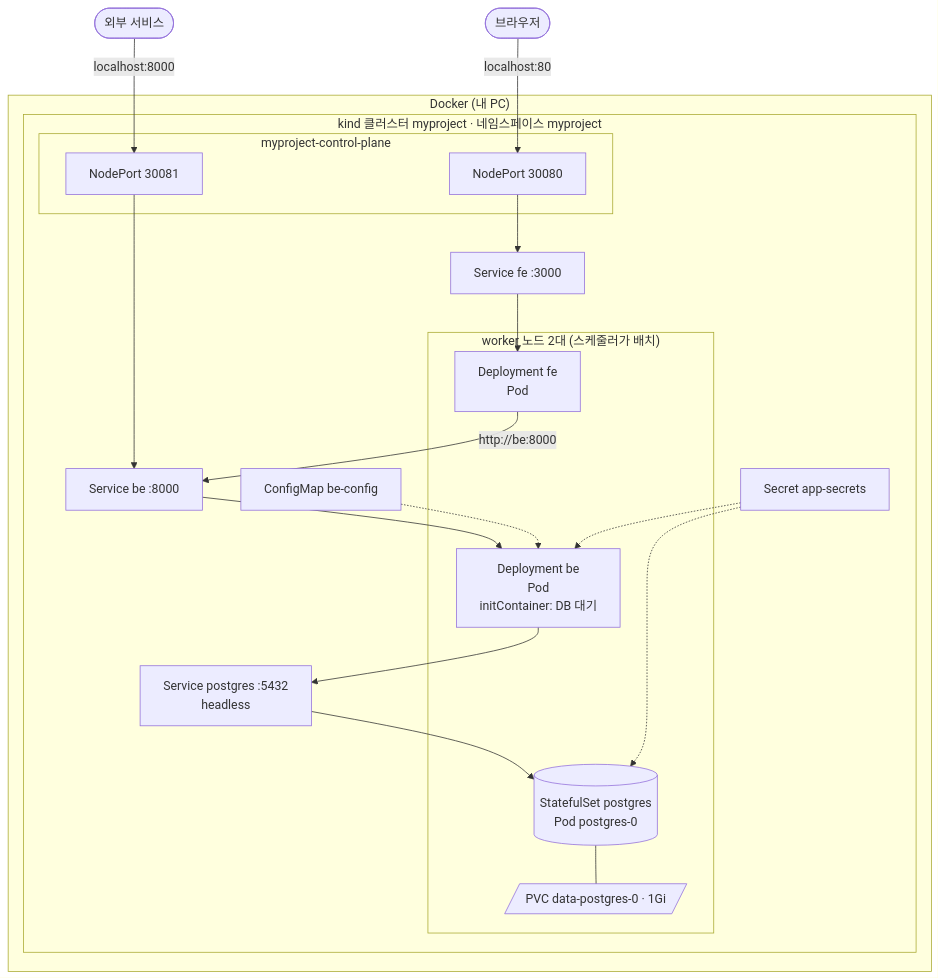
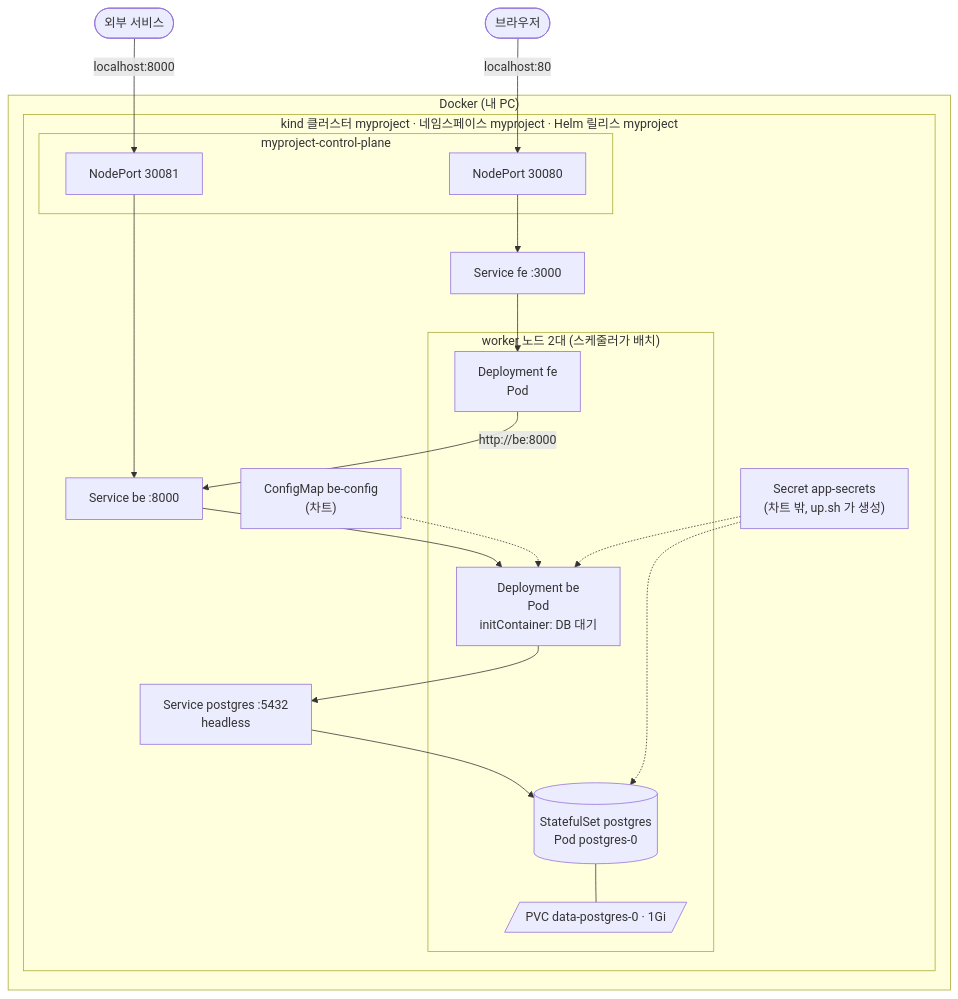
Before and after one commit to akdrhtn123/MyProject: the fourth of 6 diagrams in docs/ARCHITECTURE.md, drawn with Mermaid. The commit also changed other lines of this file and 16 other files, not shown here.

````diff
--- a/docs/ARCHITECTURE.md
+++ b/docs/ARCHITECTURE.md
@@ -142,36 +144,36 @@
 ```mermaid
 flowchart TB
     user([브라우저]) -->|localhost:80| np1
     ext([외부 서비스]) -->|localhost:8000| np2
 
     subgraph docker["Docker (내 PC)"]
-        subgraph cluster["kind 클러스터 myproject · 네임스페이스 myproject"]
+        subgraph cluster["kind 클러스터 myproject · 네임스페이스 myproject · Helm 릴리스 myproject"]
             subgraph cp["myproject-control-plane"]
                 np1["NodePort 30080"]
                 np2["NodePort 30081"]
             end
 
             svcfe["Service fe :3000"]
             svcbe["Service be :8000"]
             svcpg["Service postgres :5432<br/>headless"]
 
             subgraph workers["worker 노드 2대 (스케줄러가 배치)"]
                 fe["Deployment fe<br/>Pod"]
                 be["Deployment be<br/>Pod<br/>initContainer: DB 대기"]
                 pg[("StatefulSet postgres<br/>Pod postgres-0")]
                 pvc[/"PVC data-postgres-0 · 1Gi"/]
             end
 
-            cm["ConfigMap be-config"]
-            sec["Secret app-secrets"]
+            cm["ConfigMap be-config<br/>(차트)"]
+            sec["Secret app-secrets<br/>(차트 밖, up.sh 가 생성)"]
         end
     end
 
     np1 --> svcfe --> fe
     np2 --> svcbe --> be
     fe -->|"http://be:8000"| svcbe
     be --> svcpg --> pg
     pg --- pvc
     cm -.-> be
     sec -.-> be & pg
 ```
````
